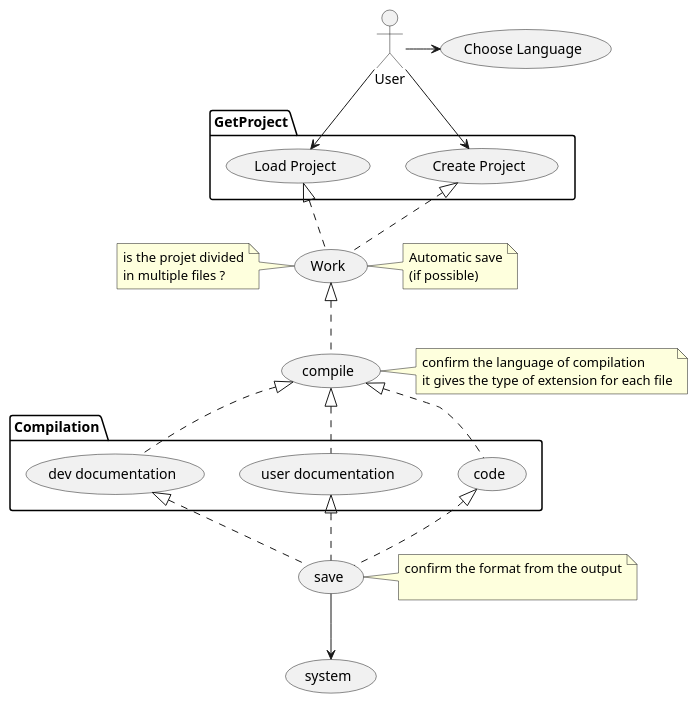
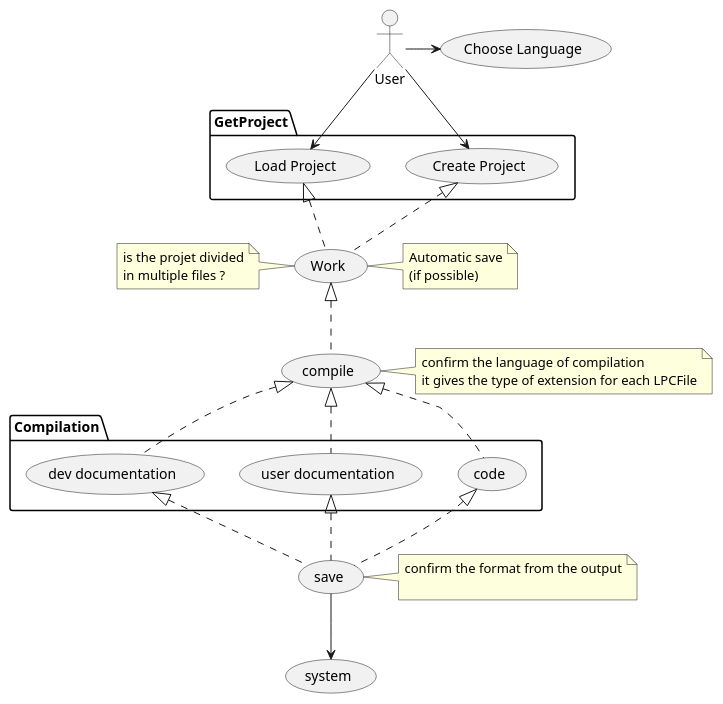
One commit to DWWM-AFPA/LPCC changed the diagram in docs/UseCase.puml. Above: the diagram before and after it, drawn with PlantUML. The commit also changed 6 other files, not shown here.

Commit message:
modification de File Config et de Graphic

```diff
--- a/docs/UseCase.puml
+++ b/docs/UseCase.puml
@@ -1,56 +1,56 @@
 @startuml
 'https://plantuml.com/use-case-diagram
 package GetProject{
 (Create Project) as (Create)
 (Load Project) as (Load)
 }
 (Choose Language) as (Choose)
 
 
 :User: --> (Create)
 :User: --> (Load)
 :User: -> (Choose)
 (Create) <|.. (Work)
 (Load) <|.. (Work)
 note right of (Work)
 Automatic save
 (if possible)
 end note
 note left of (Work)
 is the projet divided
 in multiple files ?
 end note
 
  (Work) <|.- (compile)
  note right of (compile)
  confirm the language of compilation
- it gives the type of extension for each file
+ it gives the type of extension for each LPCFile
  end note
 
 package Compilation{
 (compile) <|.. (code)
 (compile) <|.. (user documentation)
 (compile) <|.. (dev documentation)
 }
 (Work)
 
 (code) <|.. (save)
 (user documentation) <|.. (save)
 (dev documentation) <|.. (save)
  note right of (save)
  confirm the format from the output
 
  end note
 
 (save) --> (system)
 
 
 /'note right of (Use)
 A note can also
 be on several lines
 end note
 
 note "This note is connected\nto several objects." as N2
 (Start) .. N2
 N2 .. (Use)'/
 @enduml
```
